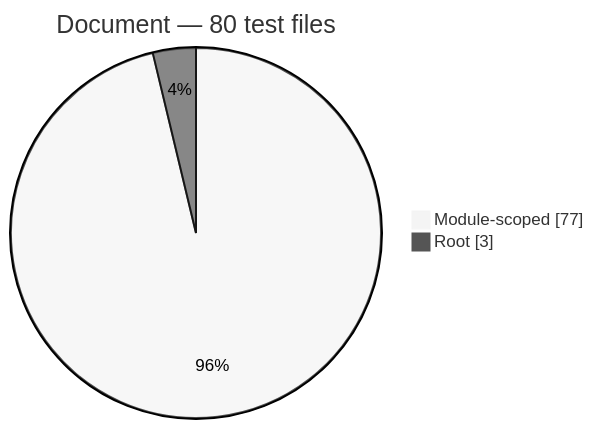
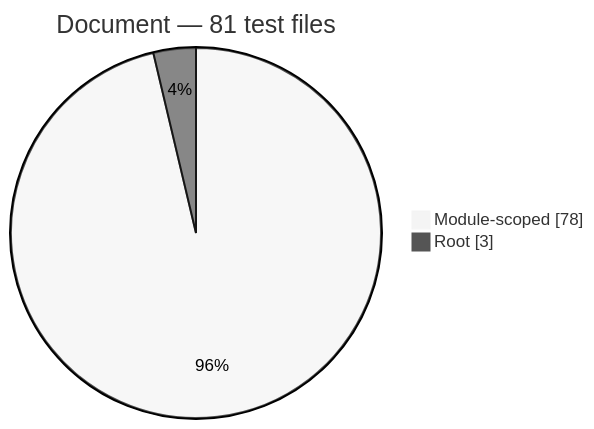
The fourth of 8 diagrams in docs/generated/test-composition.md (Mohammed-Alama/php-arazzo), drawn with Mermaid (neutral theme) before and after one commit. The commit also changed other lines of this file and 130 other files, not shown here.

````diff
--- a/docs/generated/test-composition.md
+++ b/docs/generated/test-composition.md
@@ -54,6 +54,6 @@
 ```mermaid
 pie showData
-    title Document — 80 test files
-    "Module-scoped": 77
+    title Document — 81 test files
+    "Module-scoped": 78
     "Root": 3
 ```
````
